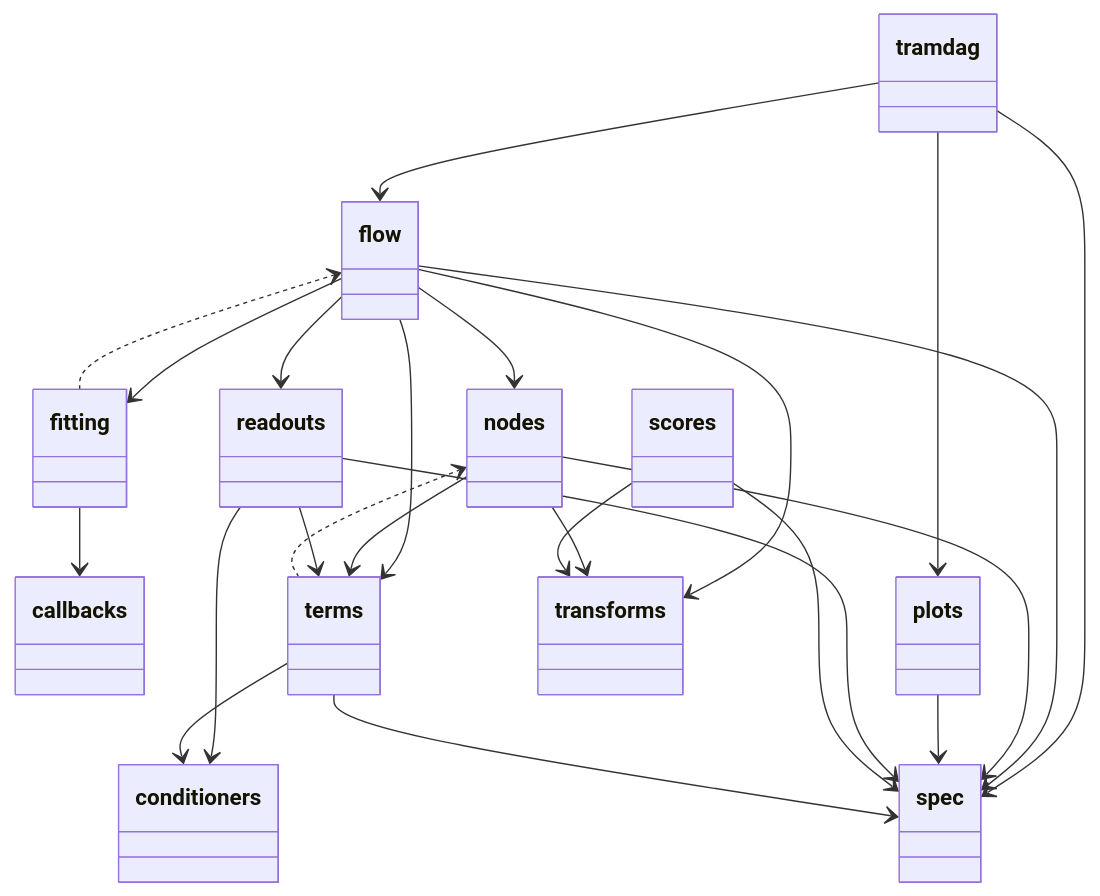
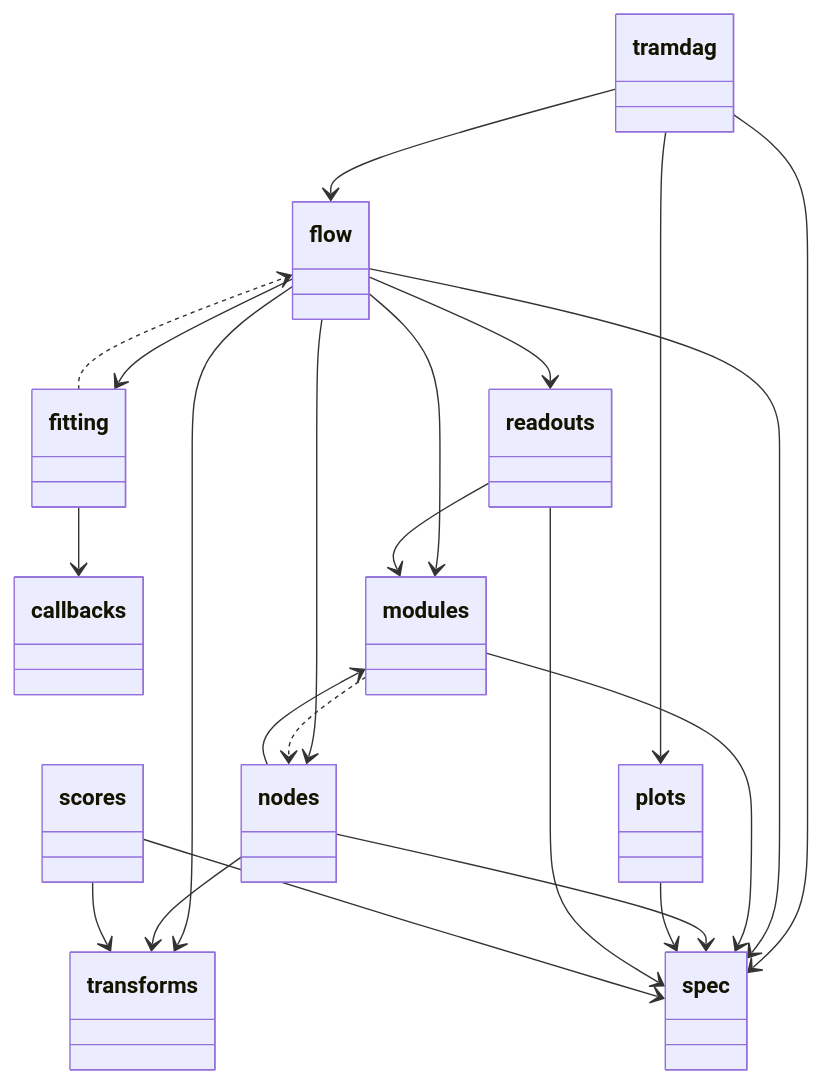
The third of 6 diagrams in docs/architecture.md (tensorchiefs/tramdag), drawn with Mermaid before and after one commit. The commit also changed other lines of this file and 18 other files, not shown here.

First line of the commit message:
refactor!: conditioners.py and terms.py are one module, modules.py

````diff
--- a/docs/architecture.md
+++ b/docs/architecture.md
@@ -154,50 +154,46 @@
 ```mermaid
 classDiagram
   class tramdag {
   }
   class callbacks {
   }
-  class conditioners {
-  }
   class fitting {
   }
   class flow {
+  }
+  class modules {
   }
   class nodes {
   }
   class plots {
   }
   class readouts {
   }
   class scores {
   }
   class spec {
   }
-  class terms {
-  }
   class transforms {
   }
   tramdag --> flow
   tramdag --> plots
   tramdag --> spec
   fitting --> callbacks
   flow --> fitting
+  flow --> modules
   flow --> nodes
   flow --> readouts
   flow --> spec
-  flow --> terms
   flow --> transforms
+  modules --> spec
+  nodes --> modules
   nodes --> spec
-  nodes --> terms
   nodes --> transforms
   plots --> spec
-  readouts --> conditioners
+  readouts --> modules
   readouts --> spec
-  readouts --> terms
   scores --> spec
   scores --> transforms
-  terms --> conditioners
-  terms --> spec
   fitting ..> flow
-  terms ..> nodes
+  modules ..> nodes
 ```
````
